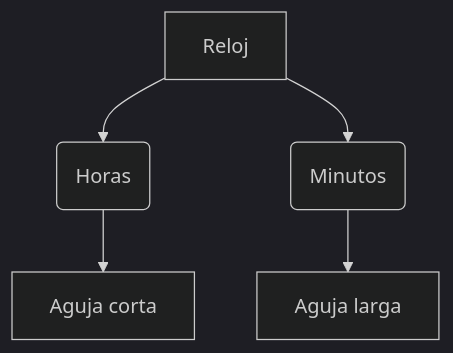
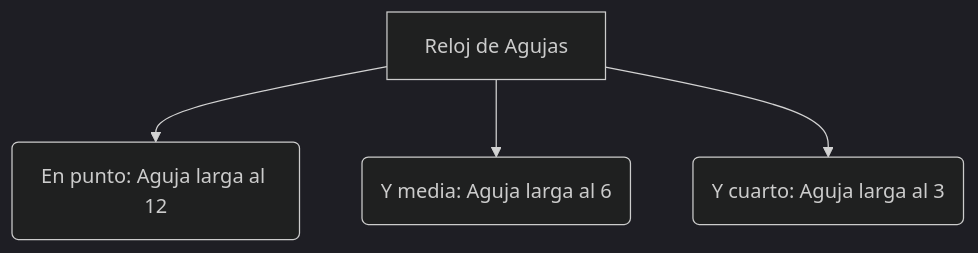
One commit to aalvarezg06/Ense-anzaONLINE changed the diagram in docs/2pri/ut07-nuestra-historia/tutorial.md. Above: the diagram before and after it, drawn with Mermaid (dark theme). The commit also changed other lines of this file and 2 other files, not shown here.

````diff
--- a/docs/2pri/ut07-nuestra-historia/tutorial.md
+++ b/docs/2pri/ut07-nuestra-historia/tutorial.md
@@ -37,7 +36,6 @@
 ```mermaid
 graph TD
-    A[Reloj] --> B(Horas)
-    A --> C(Minutos)
-    B --> D[Aguja corta]
-    C --> E[Aguja larga]
+    A[Reloj de Agujas] --> B(En punto: Aguja larga al 12)
+    A --> C(Y media: Aguja larga al 6)
+    A --> D(Y cuarto: Aguja larga al 3)
 ```
````
